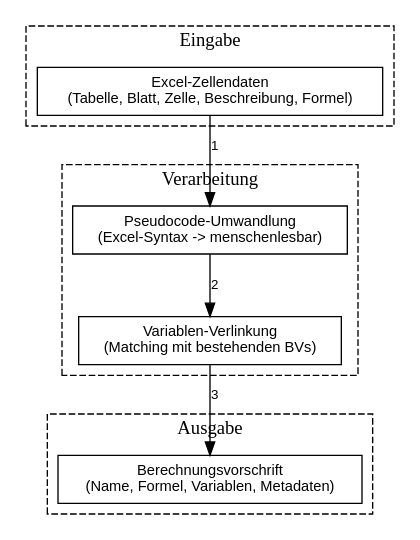
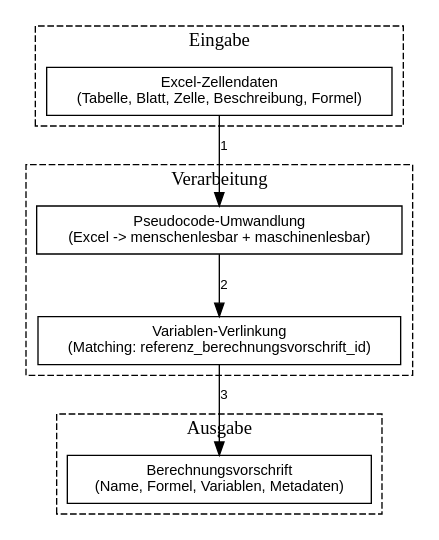
Before and after one commit to InfAI/ExcelToBerechnungsvorschriften: the diagram in dokumentation/diagramme/erzeugung_ablauf.dot, drawn with Graphviz. The commit also changed 19 other files, not shown here.

First line of the commit message:
Dokumentation: Erweiterungen und DOT-Diagramme

```diff
--- a/dokumentation/diagramme/erzeugung_ablauf.dot
+++ b/dokumentation/diagramme/erzeugung_ablauf.dot
@@ -1,30 +1,31 @@
 // Ablauf: Excel-Zellendaten -> Berechnungsvorschrift (konzeptionell)
+// Formel: menschen- und maschinenlesbar (Pseudocode)
 // Wartbar, versionierbar - Graphviz DOT-Syntax
 digraph ErzeugungAblauf {
     rankdir=TB;
     node [shape=box, fontname="Helvetica", fontsize=11];
     edge [fontname="Helvetica", fontsize=10];
 
     subgraph cluster_eingabe {
         label="Eingabe";
         style=dashed;
         ExcelZellen [label="Excel-Zellendaten\n(Tabelle, Blatt, Zelle, Beschreibung, Formel)"];
     }
 
     subgraph cluster_verarbeitung {
         label="Verarbeitung";
         style=dashed;
-        Pseudocode [label="Pseudocode-Umwandlung\n(Excel-Syntax -> menschenlesbar)"];
-        Verlinkung [label="Variablen-Verlinkung\n(Matching mit bestehenden BVs)"];
+        Pseudocode [label="Pseudocode-Umwandlung\n(Excel -> menschenlesbar + maschinenlesbar)"];
+        Verlinkung [label="Variablen-Verlinkung\n(Matching: referenz_berechnungsvorschrift_id)"];
     }
 
     subgraph cluster_ausgabe {
         label="Ausgabe";
         style=dashed;
         Berechnungsvorschrift [label="Berechnungsvorschrift\n(Name, Formel, Variablen, Metadaten)"];
     }
 
     ExcelZellen -> Pseudocode [label="1"];
     Pseudocode -> Verlinkung [label="2"];
     Verlinkung -> Berechnungsvorschrift [label="3"];
 }
```
